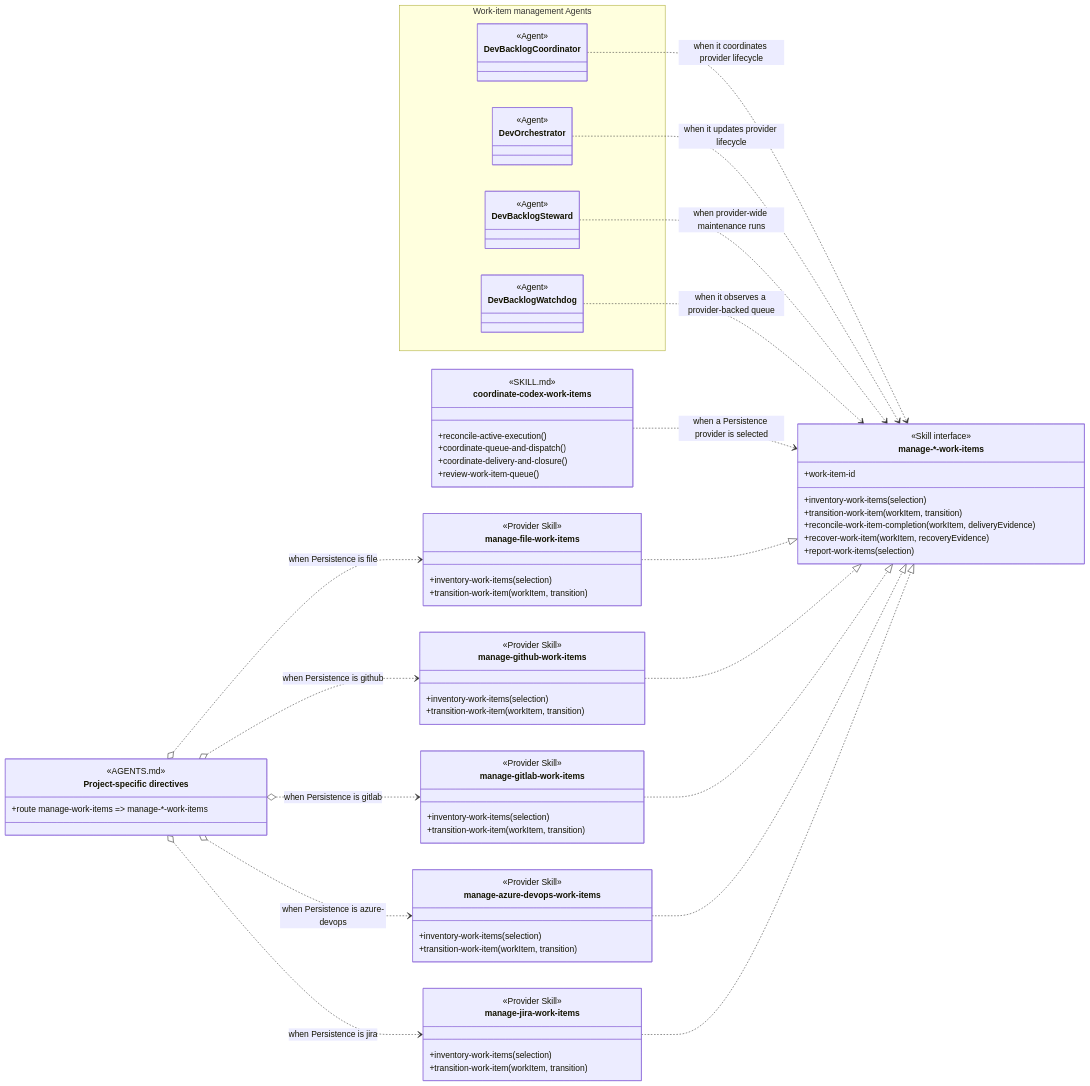
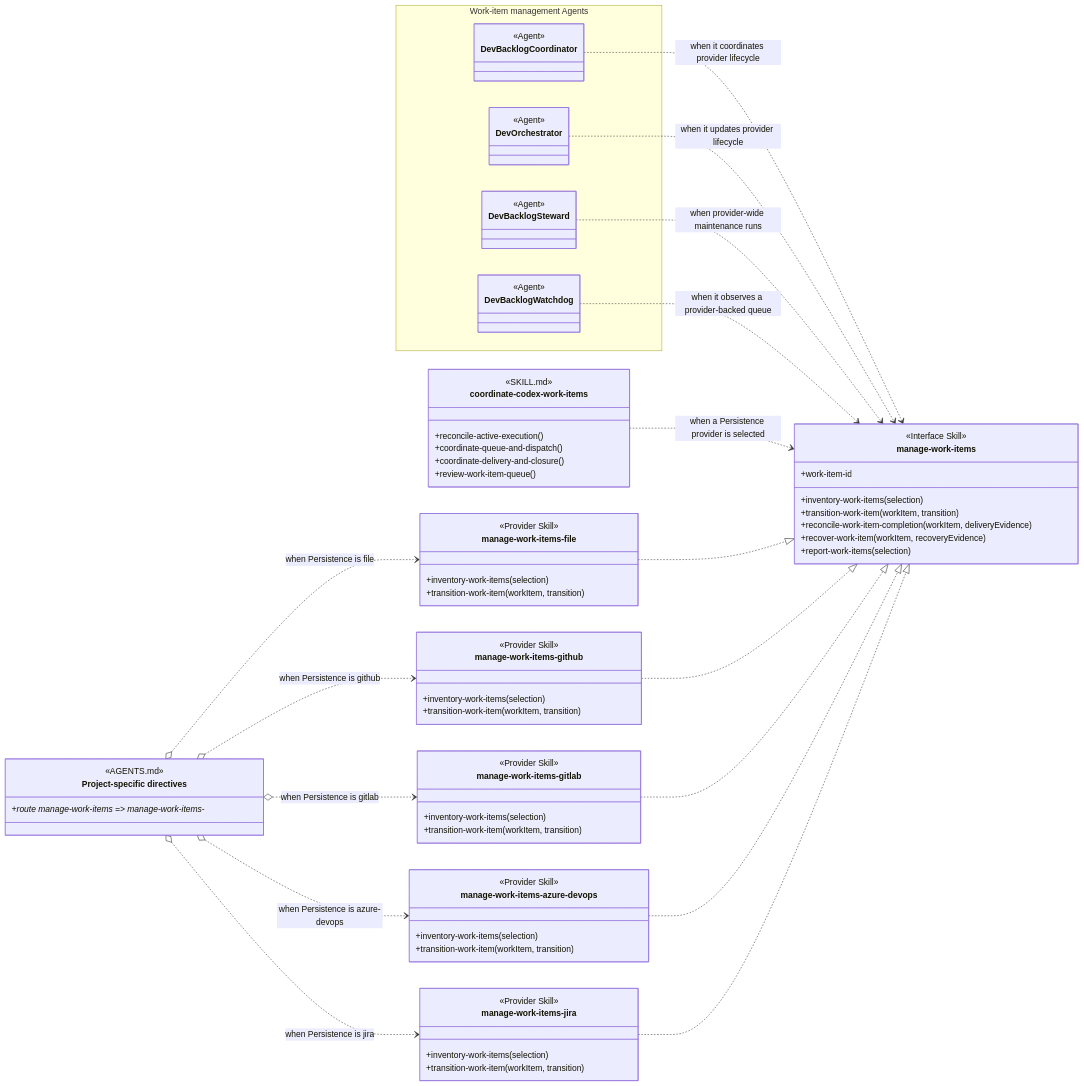
One commit to martinbechard/dev-methodology changed the fourth of 6 diagrams in design/skill-groups/concurrent-tasking.md. Above: the diagram before and after it, drawn with Mermaid. The commit also changed other lines of this file and 60 other files, not shown here.

First line of the commit message:
Integrate work item management provider naming

````diff
--- a/design/skill-groups/concurrent-tasking.md
+++ b/design/skill-groups/concurrent-tasking.md
@@ -269,11 +269,11 @@
     class project-specific-directives["Project-specific directives"] {
         <<AGENTS.md>>
         <<routing>>
-        +route manage-work-items => manage-*-work-items
+        +route manage-work-items => manage-work-items-*
     }
 
-    class ManageWorkItem["manage-*-work-items"] {
-        <<Skill interface>>
+    class ManageWorkItem["manage-work-items"] {
+        <<Interface Skill>>
         +work-item-id
         +inventory-work-items(selection)
         +transition-work-item(workItem, transition)
@@ -282,35 +282,35 @@
         +report-work-items(selection)
     }
 
-    class manage-file-work-items {
+    class manage-work-items-file {
         <<Provider Skill>>
         <<Cross-group>>
         +inventory-work-items(selection)
         +transition-work-item(workItem, transition)
     }
 
-    class manage-github-work-items {
+    class manage-work-items-github {
         <<Provider Skill>>
         <<Cross-group>>
         +inventory-work-items(selection)
         +transition-work-item(workItem, transition)
     }
 
-    class manage-gitlab-work-items {
+    class manage-work-items-gitlab {
         <<Provider Skill>>
         <<Cross-group>>
         +inventory-work-items(selection)
         +transition-work-item(workItem, transition)
     }
 
-    class manage-azure-devops-work-items {
+    class manage-work-items-azure-devops {
         <<Provider Skill>>
         <<Cross-group>>
         +inventory-work-items(selection)
         +transition-work-item(workItem, transition)
     }
 
-    class manage-jira-work-items {
+    class manage-work-items-jira {
         <<Provider Skill>>
         <<Cross-group>>
         +inventory-work-items(selection)
@@ -322,14 +322,14 @@
     DevBacklogSteward ..> ManageWorkItem : when provider-wide maintenance runs
     DevBacklogWatchdog ..> ManageWorkItem : when it observes a provider-backed queue
     coordinate-codex-work-items ..> ManageWorkItem : when a Persistence provider is selected
-    project-specific-directives o..> manage-file-work-items : when Persistence is file
-    project-specific-directives o..> manage-github-work-items : when Persistence is github
-    project-specific-directives o..> manage-gitlab-work-items : when Persistence is gitlab
-    project-specific-directives o..> manage-azure-devops-work-items : when Persistence is azure-devops
-    project-specific-directives o..> manage-jira-work-items : when Persistence is jira
-    manage-file-work-items ..|> ManageWorkItem
-    manage-github-work-items ..|> ManageWorkItem
-    manage-gitlab-work-items ..|> ManageWorkItem
-    manage-azure-devops-work-items ..|> ManageWorkItem
-    manage-jira-work-items ..|> ManageWorkItem
+    project-specific-directives o..> manage-work-items-file : when Persistence is file
+    project-specific-directives o..> manage-work-items-github : when Persistence is github
+    project-specific-directives o..> manage-work-items-gitlab : when Persistence is gitlab
+    project-specific-directives o..> manage-work-items-azure-devops : when Persistence is azure-devops
+    project-specific-directives o..> manage-work-items-jira : when Persistence is jira
+    manage-work-items-file ..|> ManageWorkItem
+    manage-work-items-github ..|> ManageWorkItem
+    manage-work-items-gitlab ..|> ManageWorkItem
+    manage-work-items-azure-devops ..|> ManageWorkItem
+    manage-work-items-jira ..|> ManageWorkItem
 ```
````
